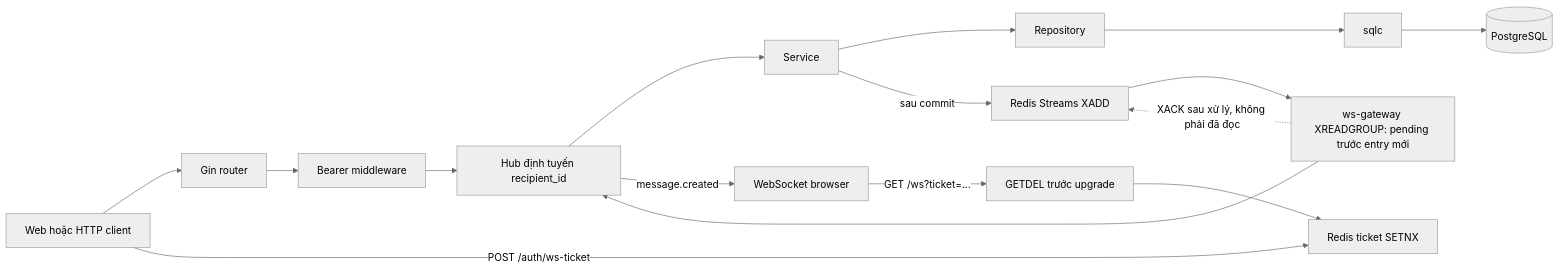
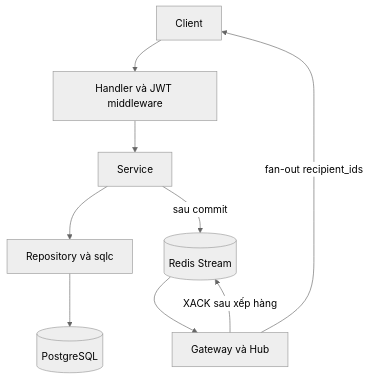
The diagram in docs/request-flow.md (daoquocdai/chat-api), drawn with Mermaid (neutral theme) before and after one commit. The commit also changed other lines of this file and 32 other files, not shown here.

````diff
--- a/docs/request-flow.md
+++ b/docs/request-flow.md
@@ -14,18 +14,11 @@
 ```mermaid
-flowchart LR
-    C[Web hoặc HTTP client] --> R[Gin router]
-    R --> M[Bearer middleware]
-    M --> H[Handler]
+flowchart TD
+    C[Client] --> H[Handler và JWT middleware]
     H --> S[Service]
-    S --> P[Repository]
-    P --> Q[sqlc]
-    Q --> DB[(PostgreSQL)]
-    S -->|sau commit| X[Redis Streams XADD]
-    X --> G[ws-gateway XREADGROUP: pending trước entry mới]
-    G --> H[Hub định tuyến recipient_id]
-    H -->|message.created| W[WebSocket browser]
-    G -.->|XACK sau xử lý, không phải đã đọc| X
-    C -->|POST /auth/ws-ticket| T[Redis ticket SETNX]
-    W -->|GET /ws?ticket=...| U[GETDEL trước upgrade]
-    U --> T
+    S --> R[Repository và sqlc]
+    R --> DB[(PostgreSQL)]
+    S -->|sau commit| X[(Redis Stream)]
+    X --> G[Gateway và Hub]
+    G -->|fan-out recipient_ids| C
+    G -->|XACK sau xếp hàng| X
 ```
````
